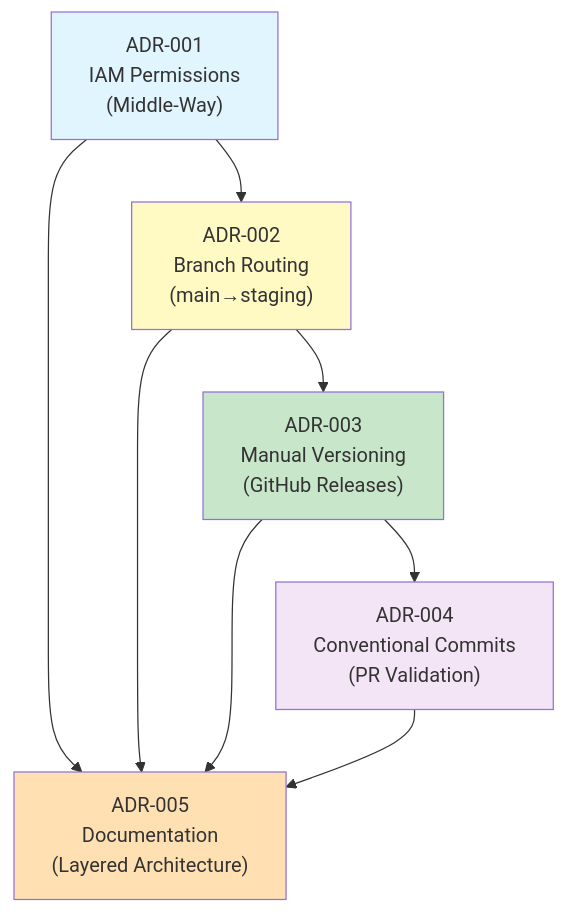
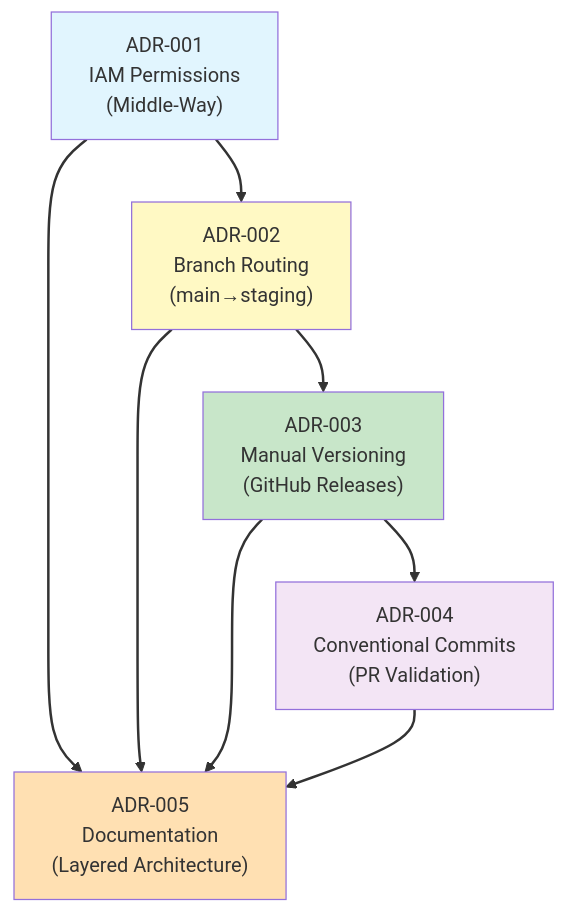
Before and after one commit to Celtikill/static-site: the diagram in docs/architecture/README.md, drawn with Mermaid. The commit also changed 17 other files, not shown here.

````diff
--- a/docs/architecture/README.md
+++ b/docs/architecture/README.md
@@ -27,16 +27,28 @@
 ```mermaid
+%%{init: {'theme':'default', 'themeVariables': {'fontSize':'16px'}}}%%
 graph TD
+    accTitle: Architecture Decision Record Relationships and Dependencies
+    accDescr: Dependency graph showing relationships and influences between five architectural decision records documenting the evolution of the CI/CD and deployment architecture. ADR-001 establishes the IAM Permission Strategy using the middle-way approach with action-category wildcards balancing security with maintainability, forming the foundation for secure automation. ADR-001 enables ADR-002 which defines Branch-Based Deployment Routing implementing progressive promotion from feature branches to development, main branch to staging, and GitHub Releases to production. ADR-002 naturally leads to ADR-003 establishing Manual Semantic Versioning with GitHub Releases for production deployment control and change management. ADR-003 necessitates ADR-004 which enforces Conventional Commits via PR title validation ensuring consistent commit history and automated release note generation. All four implementation ADRs inform ADR-005 which consolidates the Deployment Documentation Architecture organizing guides in a layered information hierarchy from quick start through advanced topics. ADR-005 depends on understanding the decisions in ADRs 001-004 to properly document the resulting workflows and architectural patterns. This decision network shows the logical progression from security foundations through deployment automation to documentation, with each decision building upon and referencing earlier decisions while maintaining clear rationale and traceability for future evolution.
+
     ADR001["ADR-001<br/>IAM Permissions<br/>(Middle-Way)"] --> ADR002["ADR-002<br/>Branch Routing<br/>(main→staging)"]
     ADR002 --> ADR003["ADR-003<br/>Manual Versioning<br/>(GitHub Releases)"]
     ADR003 --> ADR004["ADR-004<br/>Conventional Commits<br/>(PR Validation)"]
     ADR001 --> ADR005["ADR-005<br/>Documentation<br/>(Layered Architecture)"]
     ADR002 --> ADR005
     ADR003 --> ADR005
     ADR004 --> ADR005
 
     style ADR001 fill:#e1f5fe
     style ADR002 fill:#fff9c4
     style ADR003 fill:#c8e6c9
     style ADR004 fill:#f3e5f5
     style ADR005 fill:#ffe0b2
+
+    linkStyle 0 stroke:#333333,stroke-width:2px
+    linkStyle 1 stroke:#333333,stroke-width:2px
+    linkStyle 2 stroke:#333333,stroke-width:2px
+    linkStyle 3 stroke:#333333,stroke-width:2px
+    linkStyle 4 stroke:#333333,stroke-width:2px
+    linkStyle 5 stroke:#333333,stroke-width:2px
+    linkStyle 6 stroke:#333333,stroke-width:2px
 ```
````
